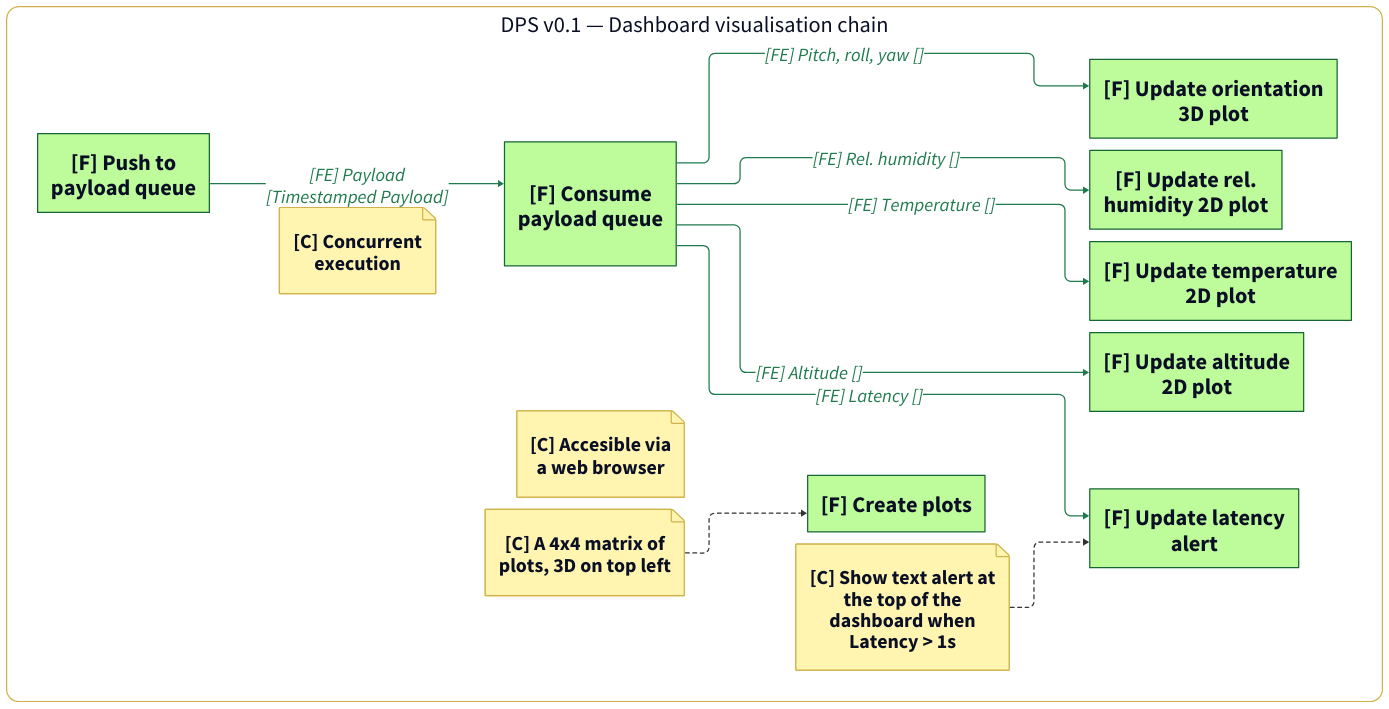
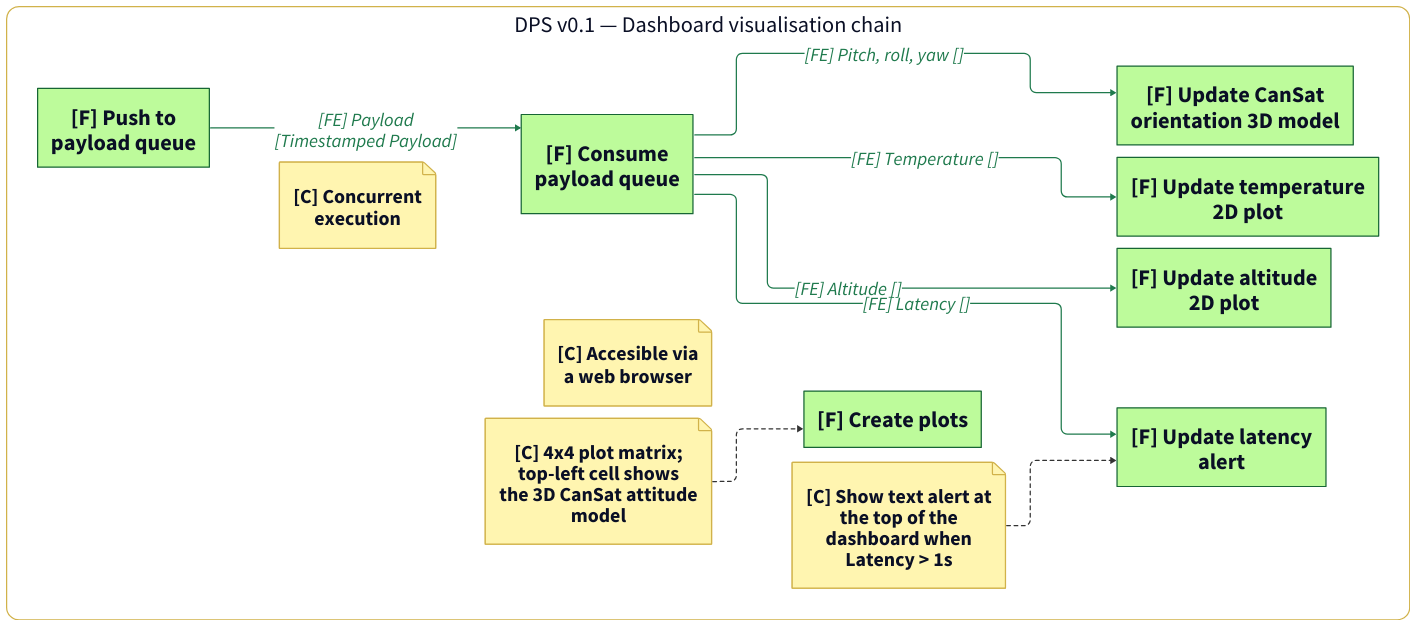
One commit to DeltaLabo/CanSatWorkshop changed the diagram in DPS/MBSE/v0.1/DPS_v0.1_view8_dashboard_visualisation_chain.d2. Above: the diagram before and after it, drawn with D2. The commit also changed 45 other files, not shown here.

```diff
--- a/DPS/MBSE/v0.1/DPS_v0.1_view8_dashboard_visualisation_chain.d2
+++ b/DPS/MBSE/v0.1/DPS_v0.1_view8_dashboard_visualisation_chain.d2
@@ -1,94 +1,92 @@
 vars: {
   d2-config: {
     layout-engine: elk
   }
 }
 
 # Functional chain: payload distribution to dashboard plots and alerts
 direction: right
 
 classes: {
   func: {
     shape: rectangle
     style: { fill: "#BDFB9B"; stroke: "#166534"; stroke-width: 2; font-size: 36 }
   }
   lc: {
     style: {
       fill: "#A9C7E6"; stroke: "#5B65C9"; stroke-width: 2
       border-radius: 20; font-size: 40
     }
   }
   pc: {
     style: { fill: "#FFF8BF"; stroke: "#D1B24A"; stroke-width: 2; font-size: 40 }
   }
   sys: {
     style: { fill: "#E6E6E6"; stroke: "#9A9A9A"; stroke-width: 2; font-size: 48 }
   }
   ea: {
     shape: rectangle
     style: {
       fill: "#BFEAF4"; stroke: "#5B65C9"; stroke-width: 2
       border-radius: 20; font-size: 40
     }
   }
   note: { style: { fill: "#FFF5B0"; stroke: "#D1B24A"; font-size: 32 } }
   chain: {
     style: {
       fill: "#FFFFFF"; stroke: "#D1B24A"; stroke-width: 2
       border-radius: 20; font-size: 36
     }
   }
   fe:   { style: { stroke: "#1F7A4D"; font-color: "#1F7A4D"; stroke-width: 2; font-size: 30 } }
   ce:   { style: { stroke: "#5B65C9"; font-color: "#5B65C9"; stroke-width: 2; font-size: 30 } }
   pl:   { style: { stroke: "#E11D28"; font-color: "#E11D28"; stroke-width: 2; font-size: 30 } }
   cstr: { style: { stroke: "#333333"; stroke-dash: 3; font-size: 26 } }
 }
 
 chain: "DPS v0.1 — Dashboard visualisation chain" {
   class: chain
   direction: right
 
   push_to_payload_queue: "[F] Push to\npayload queue" { class: func }
   dashboard_consume_payload_queue: "[F] Consume\npayload queue" { class: func }
   create_plots: "[F] Create plots" { class: func }
-  update_orientation_3d_plot: "[F] Update orientation\n3D plot" { class: func }
-  update_rel_humidity_2d_plot: "[F] Update rel.\nhumidity 2D plot" { class: func }
+  update_orientation_3d_plot: "[F] Update CanSat\norientation 3D model" { class: func }
   update_temperature_2d_plot: "[F] Update temperature\n2D plot" { class: func }
   update_altitude_2d_plot: "[F] Update altitude\n2D plot" { class: func }
   update_latency_alert: "[F] Update latency\nalert" { class: func }
 
   note_concurrent: "[C] Concurrent\nexecution" {
     class: note
     shape: page
   }
 
   note_browser: "[C] Accesible via\na web browser" {
     class: note
     shape: page
   }
 
-  note_plots: "[C] A 4x4 matrix of\nplots, 3D on top left" {
+  note_plots: "[C] 4x4 plot matrix;\ntop-left cell shows\nthe 3D CanSat attitude\nmodel" {
     class: note
     shape: page
   }
 
   note_alert: "[C] Show text alert at\nthe top of the\ndashboard when\nLatency > 1s" {
     class: note
     shape: page
   }
 }
 
 chain.push_to_payload_queue -> chain.dashboard_consume_payload_queue: "[FE] Payload\n[Timestamped Payload]" { class: fe }
 chain.dashboard_consume_payload_queue -> chain.update_orientation_3d_plot: "[FE] Pitch, roll, yaw []" { class: fe }
-chain.dashboard_consume_payload_queue -> chain.update_rel_humidity_2d_plot: "[FE] Rel. humidity []" { class: fe }
 chain.dashboard_consume_payload_queue -> chain.update_temperature_2d_plot: "[FE] Temperature []" { class: fe }
 chain.dashboard_consume_payload_queue -> chain.update_altitude_2d_plot: "[FE] Altitude []" { class: fe }
 chain.dashboard_consume_payload_queue -> chain.update_latency_alert: "[FE] Latency []" { class: fe }
 
 chain.note_plots -> chain.create_plots { class: cstr }
 chain.note_alert -> chain.update_latency_alert { class: cstr }
 
 # Chain-wide UI notes and a layout edge that keeps Create plots beside the updates.
 chain.note_concurrent -> chain.dashboard_consume_payload_queue { style: { opacity: 0 } }
 chain.note_browser -> chain.create_plots { style: { opacity: 0 } }
 chain.create_plots -> chain.update_orientation_3d_plot { style: { opacity: 0 } }
```
